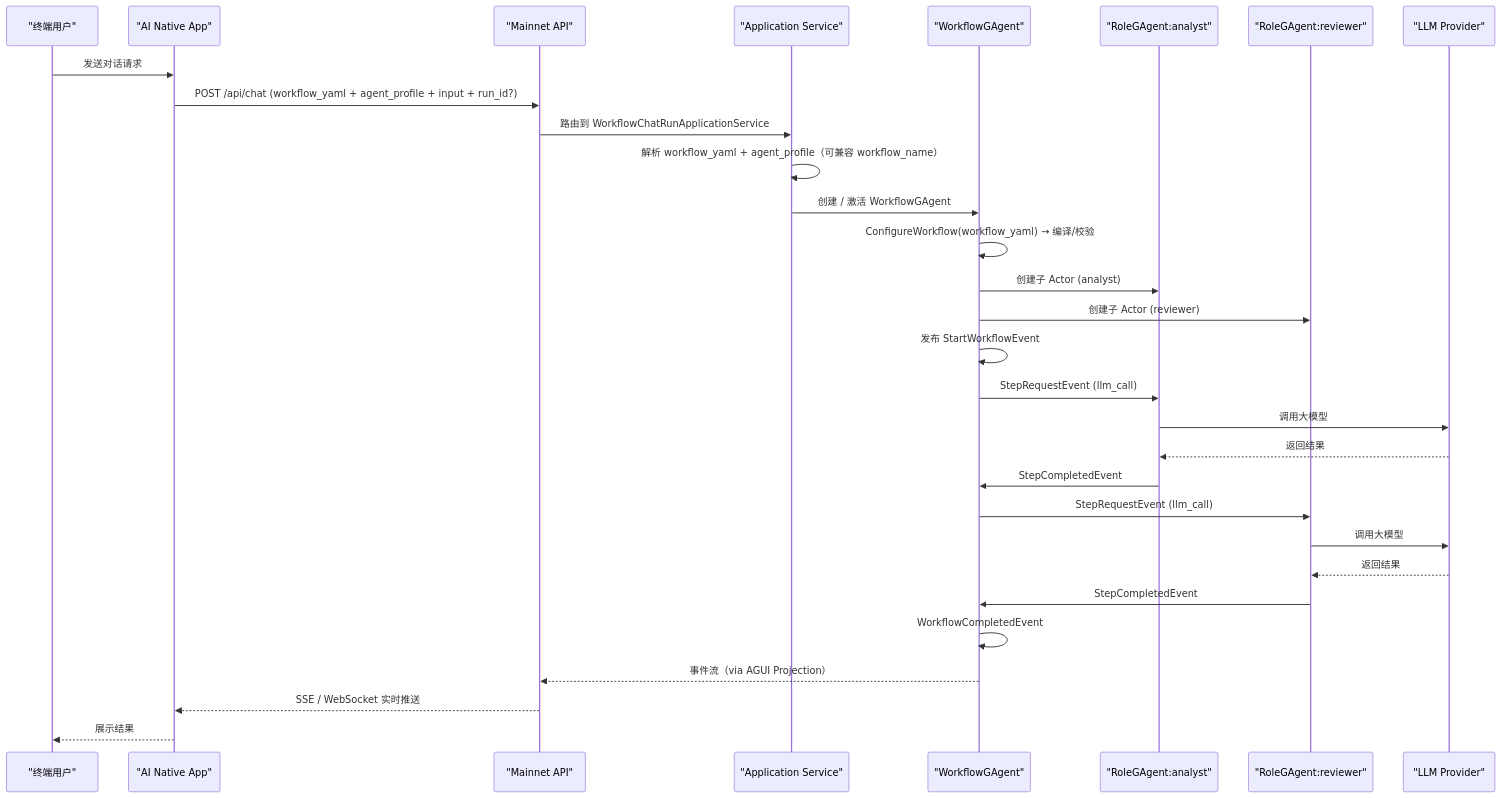
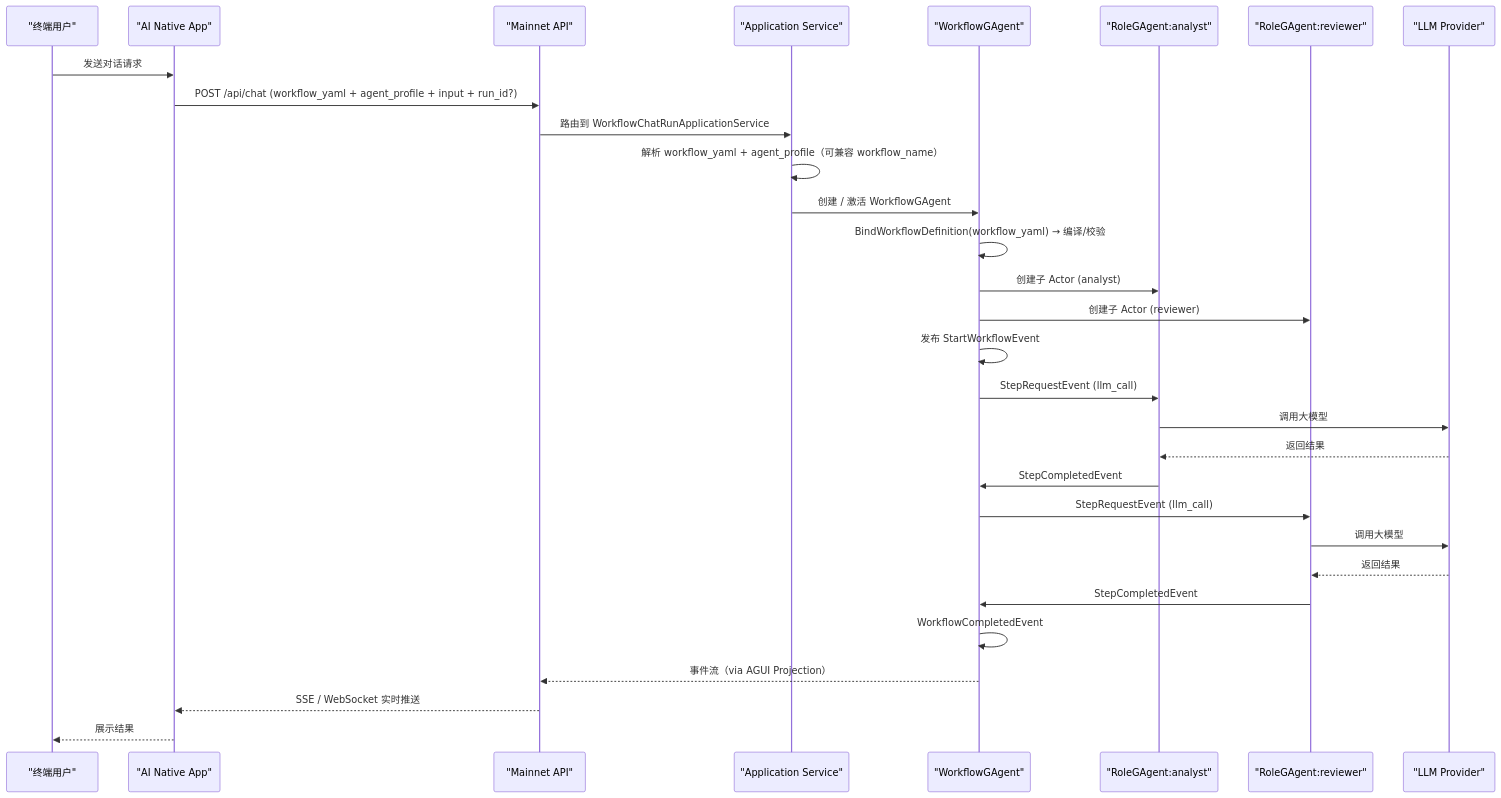
Before and after one commit to aevatarAI/aevatar: the fourth of 19 diagrams in docs/architecture/AEVATAR_MAINNET_ARCHITECTURE.md, drawn with Mermaid. The commit also changed other lines of this file and 20 other files, not shown here.

First line of the commit message:
Refactor workflow event handling to use BindWorkflowDefinitionEvent

````diff
--- a/docs/architecture/AEVATAR_MAINNET_ARCHITECTURE.md
+++ b/docs/architecture/AEVATAR_MAINNET_ARCHITECTURE.md
@@ -210,34 +210,34 @@
 ```mermaid
 %%{init: {"maxTextSize": 100000, "sequence": {"useMaxWidth": false}, "themeVariables": {"fontSize": "10px"}}}%%
 sequenceDiagram
     participant User as "终端用户"
     participant App as "AI Native App"
     participant API as "Mainnet API"
     participant AppSvc as "Application Service"
     participant WFAgent as "WorkflowGAgent"
     participant Role1 as "RoleGAgent:analyst"
     participant Role2 as "RoleGAgent:reviewer"
     participant LLM as "LLM Provider"
 
     User->>App: 发送对话请求
     App->>API: POST /api/chat (workflow_yaml + agent_profile + input + run_id?)
     API->>AppSvc: 路由到 WorkflowChatRunApplicationService
     AppSvc->>AppSvc: 解析 workflow_yaml + agent_profile（可兼容 workflow_name）
     AppSvc->>WFAgent: 创建 / 激活 WorkflowGAgent
-    WFAgent->>WFAgent: ConfigureWorkflow(workflow_yaml) → 编译/校验
+    WFAgent->>WFAgent: BindWorkflowDefinition(workflow_yaml) → 编译/校验
     WFAgent->>Role1: 创建子 Actor (analyst)
     WFAgent->>Role2: 创建子 Actor (reviewer)
     WFAgent->>WFAgent: 发布 StartWorkflowEvent
     WFAgent->>Role1: StepRequestEvent (llm_call)
     Role1->>LLM: 调用大模型
     LLM-->>Role1: 返回结果
     Role1->>WFAgent: StepCompletedEvent
     WFAgent->>Role2: StepRequestEvent (llm_call)
     Role2->>LLM: 调用大模型
     LLM-->>Role2: 返回结果
     Role2->>WFAgent: StepCompletedEvent
     WFAgent->>WFAgent: WorkflowCompletedEvent
     WFAgent-->>API: 事件流（via AGUI Projection）
     API-->>App: SSE / WebSocket 实时推送
     App-->>User: 展示结果
 ```
````
